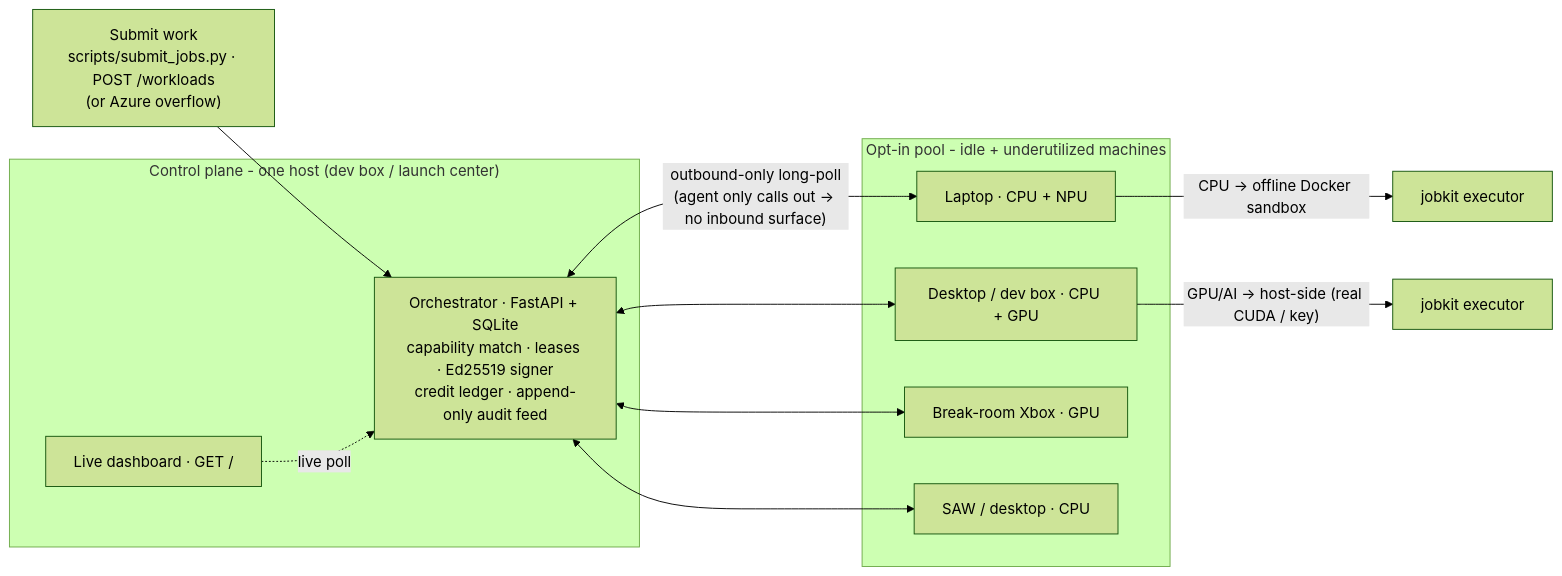
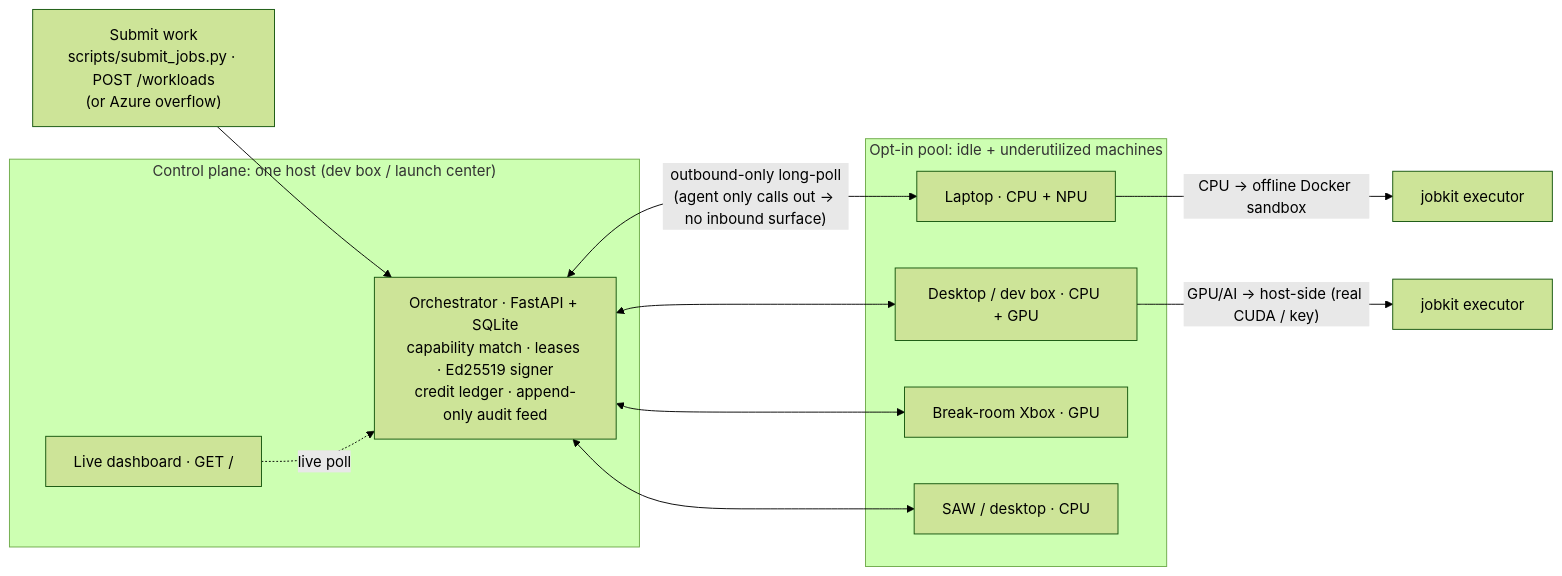
One commit to Aditya-Katkuri/OneCompute changed the first of 3 diagrams in README.md. Above: the diagram before and after it, drawn with Mermaid (forest theme). The commit also changed other lines of this file and 29 other files, not shown here.

````diff
--- a/README.md
+++ b/README.md
@@ -33,25 +33,25 @@
 ```mermaid
 flowchart LR
     S["Submit work<br/>scripts/submit_jobs.py · POST /workloads<br/>(or Azure overflow)"]
 
-    subgraph Control["Control plane - one host (dev box / launch center)"]
+    subgraph Control["Control plane: one host (dev box / launch center)"]
         O["Orchestrator · FastAPI + SQLite<br/>capability match · leases · Ed25519 signer<br/>credit ledger · append-only audit feed"]
         D["Live dashboard · GET /"]
     end
 
-    subgraph Pool["Opt-in pool - idle + underutilized machines"]
+    subgraph Pool["Opt-in pool: idle + underutilized machines"]
         W1["Laptop · CPU + NPU"]
         W2["Desktop / dev box · CPU + GPU"]
         W3["Break-room Xbox · GPU"]
         W4["SAW / desktop · CPU"]
     end
 
     S --> O
     O <-->|"outbound-only long-poll<br/>(agent only calls out → no inbound surface)"| W1
     O <--> W2
     O <--> W3
     O <--> W4
     D -.live poll.-> O
     W1 -->|"CPU → offline Docker sandbox"| J1["jobkit executor"]
     W2 -->|"GPU/AI → host-side (real CUDA / key)"| J2["jobkit executor"]
 ```
````
